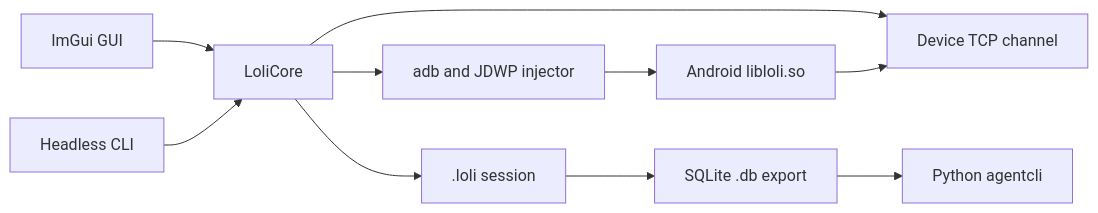
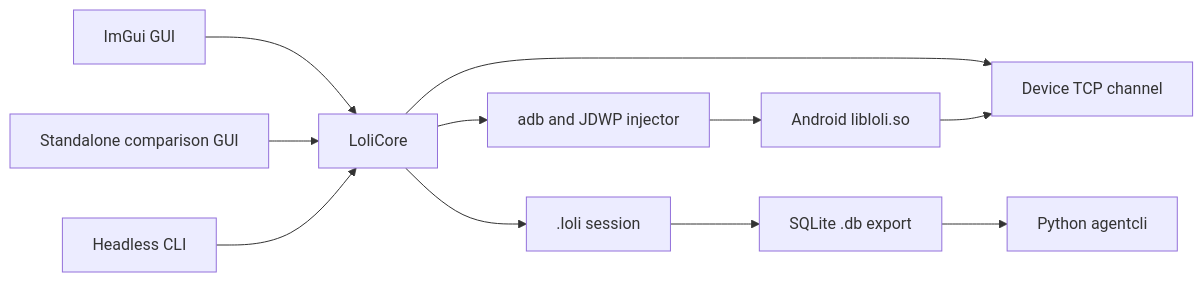
Before and after one commit to Tencent/loli_profiler: the diagram in docs/ARCH.md, drawn with Mermaid. The commit also changed other lines of this file and 39 other files, not shown here.

First line of the commit message:
Add shared signed capture comparison and dockable ImGui viewer

````diff
--- a/docs/ARCH.md
+++ b/docs/ARCH.md
@@ -5,12 +5,13 @@
 ```mermaid
 flowchart LR
   GUI[ImGui GUI] --> Core[LoliCore]
+  Compare[Standalone comparison GUI] --> Core
   CLI[Headless CLI] --> Core
   Core --> ADB[adb and JDWP injector]
   Core --> Socket[Device TCP channel]
   ADB --> Device[Android libloli.so]
   Device --> Socket
   Core --> Record[.loli session]
   Record --> DB[SQLite .db export]
   DB --> Agent[Python agentcli]
 ```
````
